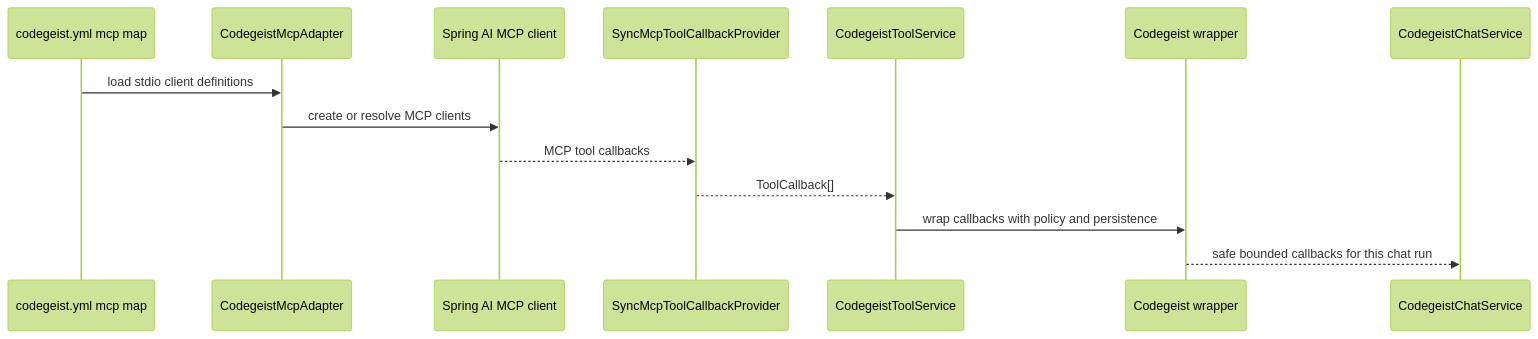
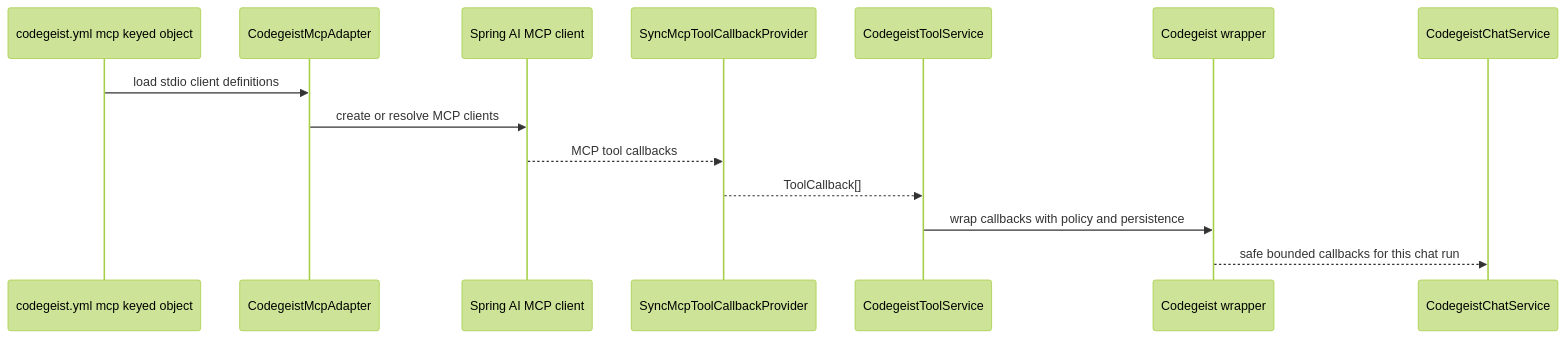
Before and after one commit to codegeist-ai/codegeist: the sixth of 6 diagrams in docs/tasks/T007_build-codegeist-runtime-harness/java-workflow-implementation.md, drawn with Mermaid (forest theme). The commit also changed other lines of this file and 46 other files, not shown here.

First line of the commit message:
feat(config): add workspace resolution and keyed roots

````diff
--- a/docs/tasks/T007_build-codegeist-runtime-harness/java-workflow-implementation.md
+++ b/docs/tasks/T007_build-codegeist-runtime-harness/java-workflow-implementation.md
@@ -487,17 +487,17 @@
 ```mermaid
 sequenceDiagram
-    participant Config as codegeist.yml mcp map
+    participant Config as codegeist.yml mcp keyed object
     participant Adapter as CodegeistMcpAdapter
     participant Client as Spring AI MCP client
     participant Provider as SyncMcpToolCallbackProvider
     participant ToolSvc as CodegeistToolService
     participant Wrapper as Codegeist wrapper
     participant Chat as CodegeistChatService
 
     Config->>Adapter: load stdio client definitions
     Adapter->>Client: create or resolve MCP clients
     Client-->>Provider: MCP tool callbacks
     Provider-->>ToolSvc: ToolCallback[]
     ToolSvc->>Wrapper: wrap callbacks with policy and persistence
     Wrapper-->>Chat: safe bounded callbacks for this chat run
 ```
````
